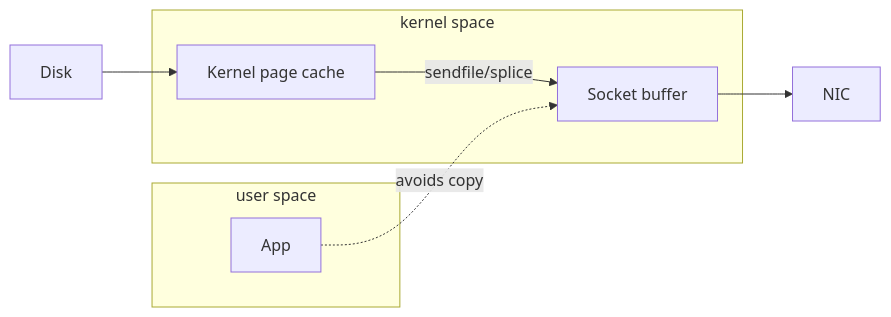
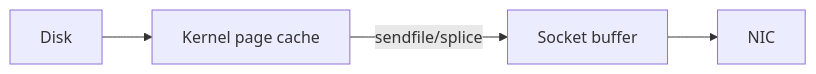
One commit to sjfbo/sjfbo.github.io changed the diagram in articles/zero-copy-io.md. Above: the diagram before and after it, drawn with Mermaid. The commit also changed 5 other files, not shown here.

First line of the commit message:
Refactor mermaid diagram handling and improve rendering logic

````diff
--- a/articles/zero-copy-io.md
+++ b/articles/zero-copy-io.md
@@ -21,14 +21,6 @@
-<div class="mermaid">
+```mermaid
 flowchart LR
-  D[Disk] --> KPC[Kernel page cache]
-  KPC -->|sendfile/splice| SB[Socket buffer]
+  D[Disk] --> KPC["Kernel page cache"]
+  KPC -->|sendfile/splice| SB["Socket buffer"]
   SB --> NIC[NIC]
-  subgraph user["user space"]
-    APP[App]
-  end
-  subgraph kernel["kernel space"]
-    KPC
-    SB
-  end
-  APP -. avoids copy .-> SB
-</div>
+```
````
